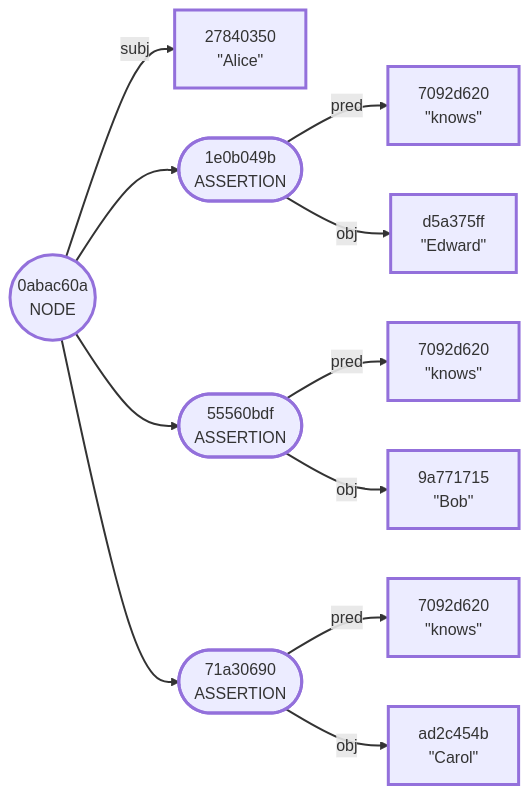
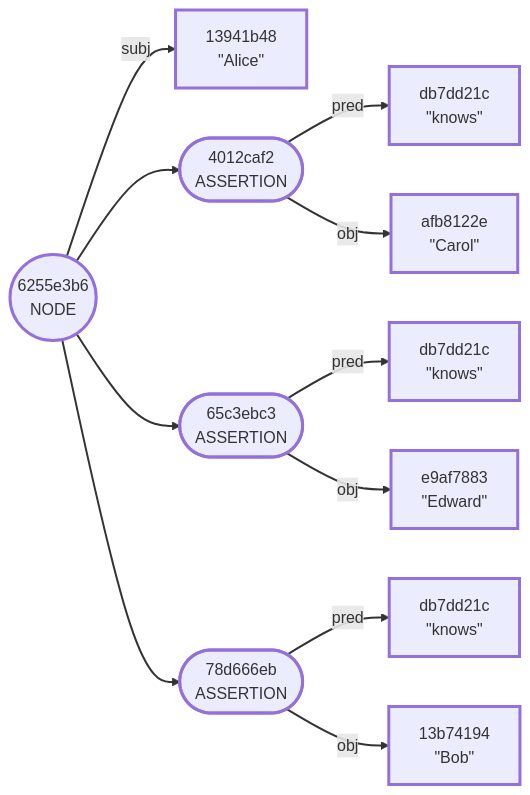
Before and after one commit to BlockchainCommons/WIPs-IETF-draft-envelope: the diagram in images/mermaid/example.mermaid, drawn with Mermaid. The commit also changed 26 other files, not shown here.

```diff
--- a/images/mermaid/example.mermaid
+++ b/images/mermaid/example.mermaid
@@ -1,43 +1,43 @@
 graph LR
-    1(("0abac60a<br/>NODE"))
-    2["27840350<br/>#quot;Alice#quot;"]
-    3(["1e0b049b<br/>ASSERTION"])
-    4["7092d620<br/>#quot;knows#quot;"]
-    5["d5a375ff<br/>#quot;Edward#quot;"]
-    6(["55560bdf<br/>ASSERTION"])
-    7["7092d620<br/>#quot;knows#quot;"]
-    8["9a771715<br/>#quot;Bob#quot;"]
-    9(["71a30690<br/>ASSERTION"])
-    10["7092d620<br/>#quot;knows#quot;"]
-    11["ad2c454b<br/>#quot;Carol#quot;"]
+    1(("6255e3b6<br/>NODE"))
+    2["13941b48<br/>#quot;Alice#quot;"]
+    3(["4012caf2<br/>ASSERTION"])
+    4["db7dd21c<br/>#quot;knows#quot;"]
+    5["afb8122e<br/>#quot;Carol#quot;"]
+    6(["65c3ebc3<br/>ASSERTION"])
+    7["db7dd21c<br/>#quot;knows#quot;"]
+    8["e9af7883<br/>#quot;Edward#quot;"]
+    9(["78d666eb<br/>ASSERTION"])
+    10["db7dd21c<br/>#quot;knows#quot;"]
+    11["13b74194<br/>#quot;Bob#quot;"]
     1 -->|subj| 2
     1 --> 3
     3 -->|pred| 4
     3 -->|obj| 5
     1 --> 6
     6 -->|pred| 7
     6 -->|obj| 8
     1 --> 9
     9 -->|pred| 10
     9 -->|obj| 11
     style 1 stroke-width:3.0px
     style 2 stroke-width:3.0px
     style 3 stroke-width:3.0px
     style 4 stroke-width:3.0px
     style 5 stroke-width:3.0px
     style 6 stroke-width:3.0px
     style 7 stroke-width:3.0px
     style 8 stroke-width:3.0px
     style 9 stroke-width:3.0px
     style 10 stroke-width:3.0px
     style 11 stroke-width:3.0px
     linkStyle 0 stroke-width:2.0px
     linkStyle 1 stroke-width:2.0px
     linkStyle 2 stroke-width:2.0px
     linkStyle 3 stroke-width:2.0px
     linkStyle 4 stroke-width:2.0px
     linkStyle 5 stroke-width:2.0px
     linkStyle 6 stroke-width:2.0px
     linkStyle 7 stroke-width:2.0px
     linkStyle 8 stroke-width:2.0px
     linkStyle 9 stroke-width:2.0px
```
